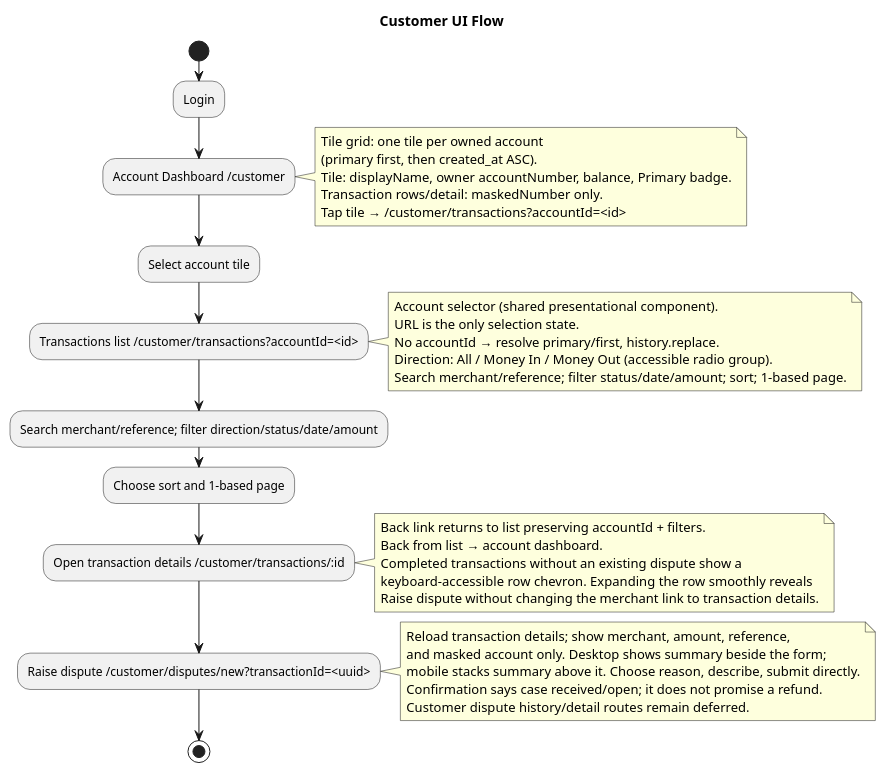
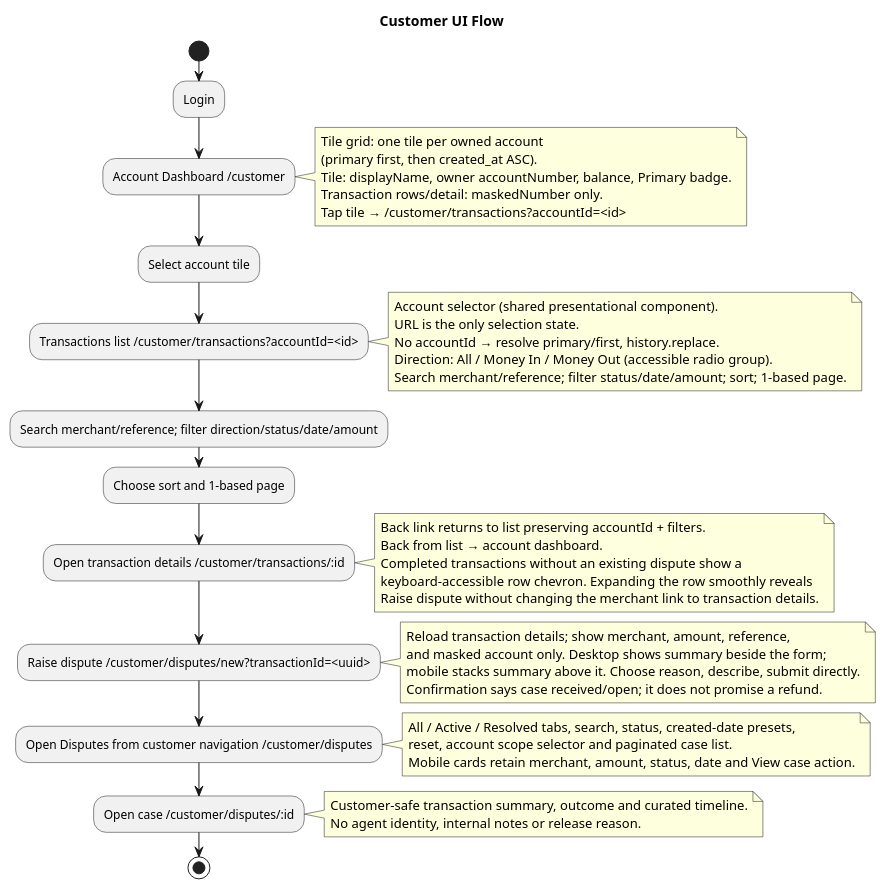
One commit to DonaldMbara/transaction-dispute-portal changed the diagram in docs/design/plantuml/customer-ui-flow.puml. Above: the diagram before and after it, drawn with PlantUML. The commit also changed 62 other files, not shown here.

Commit message:
feat(dispute): add dispute history and tracking

```diff
--- a/docs/design/plantuml/customer-ui-flow.puml
+++ b/docs/design/plantuml/customer-ui-flow.puml
@@ -1,41 +1,51 @@
 @startuml
 title Customer UI Flow
 start
 :Login;
 :Account Dashboard /customer;
 note right
   Tile grid: one tile per owned account
   (primary first, then created_at ASC).
   Tile: displayName, owner accountNumber, balance, Primary badge.
   Transaction rows/detail: maskedNumber only.
   Tap tile → /customer/transactions?accountId=<id>
 end note
 :Select account tile;
 :Transactions list /customer/transactions?accountId=<id>;
 note right
   Account selector (shared presentational component).
   URL is the only selection state.
   No accountId → resolve primary/first, history.replace.
   Direction: All / Money In / Money Out (accessible radio group).
   Search merchant/reference; filter status/date/amount; sort; 1-based page.
 end note
 :Search merchant/reference; filter direction/status/date/amount;
 :Choose sort and 1-based page;
 :Open transaction details /customer/transactions/:id;
 note right
   Back link returns to list preserving accountId + filters.
   Back from list → account dashboard.
   Completed transactions without an existing dispute show a
   keyboard-accessible row chevron. Expanding the row smoothly reveals
   Raise dispute without changing the merchant link to transaction details.
 end note
 :Raise dispute /customer/disputes/new?transactionId=<uuid>;
 note right
   Reload transaction details; show merchant, amount, reference,
   and masked account only. Desktop shows summary beside the form;
   mobile stacks summary above it. Choose reason, describe, submit directly.
   Confirmation says case received/open; it does not promise a refund.
-  Customer dispute history/detail routes remain deferred.
+end note
+ :Open Disputes from customer navigation /customer/disputes;
+note right
+  All / Active / Resolved tabs, search, status, created-date presets,
+  reset, account scope selector and paginated case list.
+  Mobile cards retain merchant, amount, status, date and View case action.
+end note
+:Open case /customer/disputes/:id;
+note right
+  Customer-safe transaction summary, outcome and curated timeline.
+  No agent identity, internal notes or release reason.
 end note
 stop
 @enduml
```
